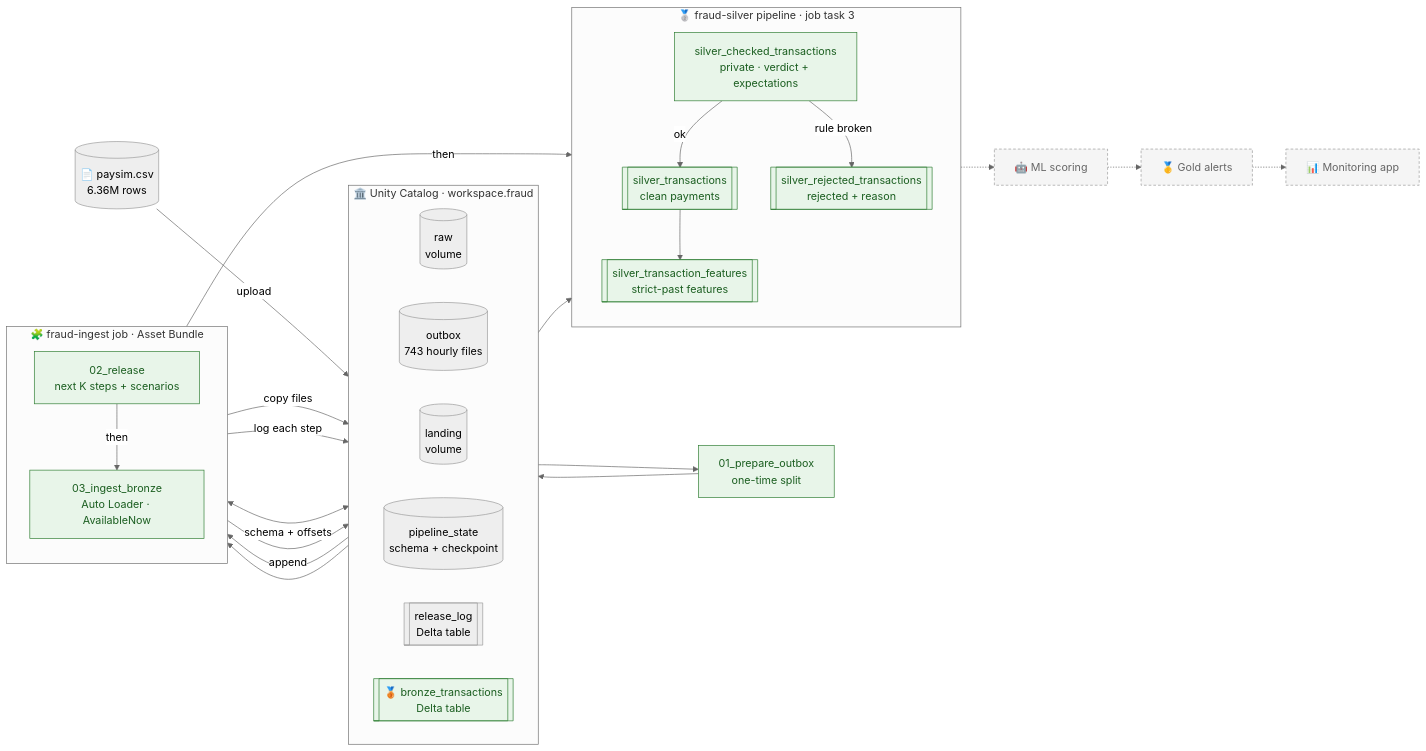
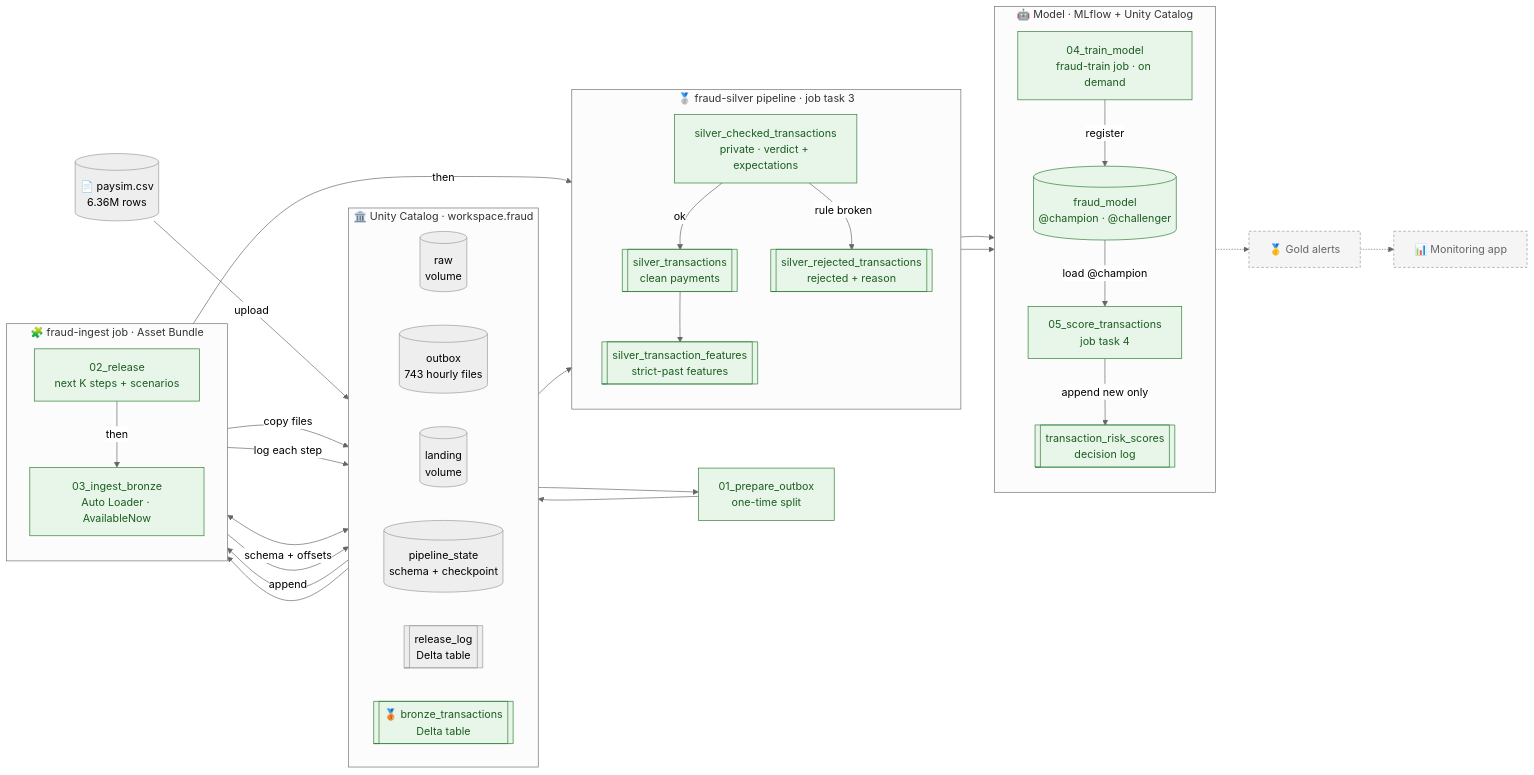
The diagram in README.md (deepan-mehta-analytics/databricks-fraud-detection), drawn with Mermaid (neutral theme) before and after one commit. The commit also changed other lines of this file and 7 other files, not shown here.

First line of the commit message:
docs: record model training and scoring evidence

````diff
--- a/README.md
+++ b/README.md
@@ -125,54 +140,67 @@
 ```mermaid
 flowchart LR
     CSV[("📄 paysim.csv<br/>6.36M rows")]
 
     subgraph UC["🏛️ Unity Catalog · workspace.fraud"]
         direction LR
         RAW[("raw<br/>volume")]
         OUT[("outbox<br/>743 hourly files")]
         LAND[("landing<br/>volume")]
         STATE[("pipeline_state<br/>schema + checkpoint")]
         LOG[["release_log<br/>Delta table"]]
         BRONZE[["🥉 bronze_transactions<br/>Delta table"]]
     end
 
     subgraph JOB["🧩 fraud-ingest job · Asset Bundle"]
         direction TB
         REL["02_release<br/>next K steps + scenarios"]
         ING["03_ingest_bronze<br/>Auto Loader · AvailableNow"]
         REL -->|then| ING
     end
 
     SPLIT["01_prepare_outbox<br/>one-time split"]
 
     CSV -->|upload| RAW --> SPLIT --> OUT
     OUT --> REL
     REL -->|copy files| LAND
     REL -->|log each step| LOG
     LAND --> ING
     ING <-->|schema + offsets| STATE
     ING -->|append| BRONZE
 
     subgraph PIPE["🥈 fraud-silver pipeline · job task 3"]
         direction TB
         CHK["silver_checked_transactions<br/>private · verdict + expectations"]
         CLEAN[["silver_transactions<br/>clean payments"]]
         REJ[["silver_rejected_transactions<br/>rejected + reason"]]
         FEAT[["silver_transaction_features<br/>strict-past features"]]
         CHK -->|ok| CLEAN
         CHK -->|rule broken| REJ
         CLEAN --> FEAT
     end
 
     ING -->|then| CHK
     BRONZE --> CHK
 
-    FEAT -.-> ML["🤖 ML scoring"]
-    ML -.-> GOLD["🥇 Gold alerts"]
+    subgraph MODEL["🤖 Model · MLflow + Unity Catalog"]
+        direction TB
+        TRAIN["04_train_model<br/>fraud-train job · on demand"]
+        REG[("fraud_model<br/>@champion · @challenger")]
+        SCORE["05_score_transactions<br/>job task 4"]
+        SCORES[["transaction_risk_scores<br/>decision log"]]
+        TRAIN -->|register| REG
+        REG -->|load @champion| SCORE
+        SCORE -->|append new only| SCORES
+    end
+
+    FEAT --> TRAIN
+    FEAT --> SCORE
+
+    SCORES -.-> GOLD["🥇 Gold alerts"]
     GOLD -.-> APP["📊 Monitoring app"]
 
     classDef planned fill:#f5f5f5,stroke:#999,stroke-dasharray:4 3,color:#666
     classDef done fill:#e8f5e9,stroke:#2e7d32,color:#1b5e20
-    class ML,GOLD,APP planned
-    class REL,ING,SPLIT,BRONZE,CHK,CLEAN,REJ,FEAT done
+    class GOLD,APP planned
+    class REL,ING,SPLIT,BRONZE,CHK,CLEAN,REJ,FEAT,TRAIN,REG,SCORE,SCORES done
 ```
````
